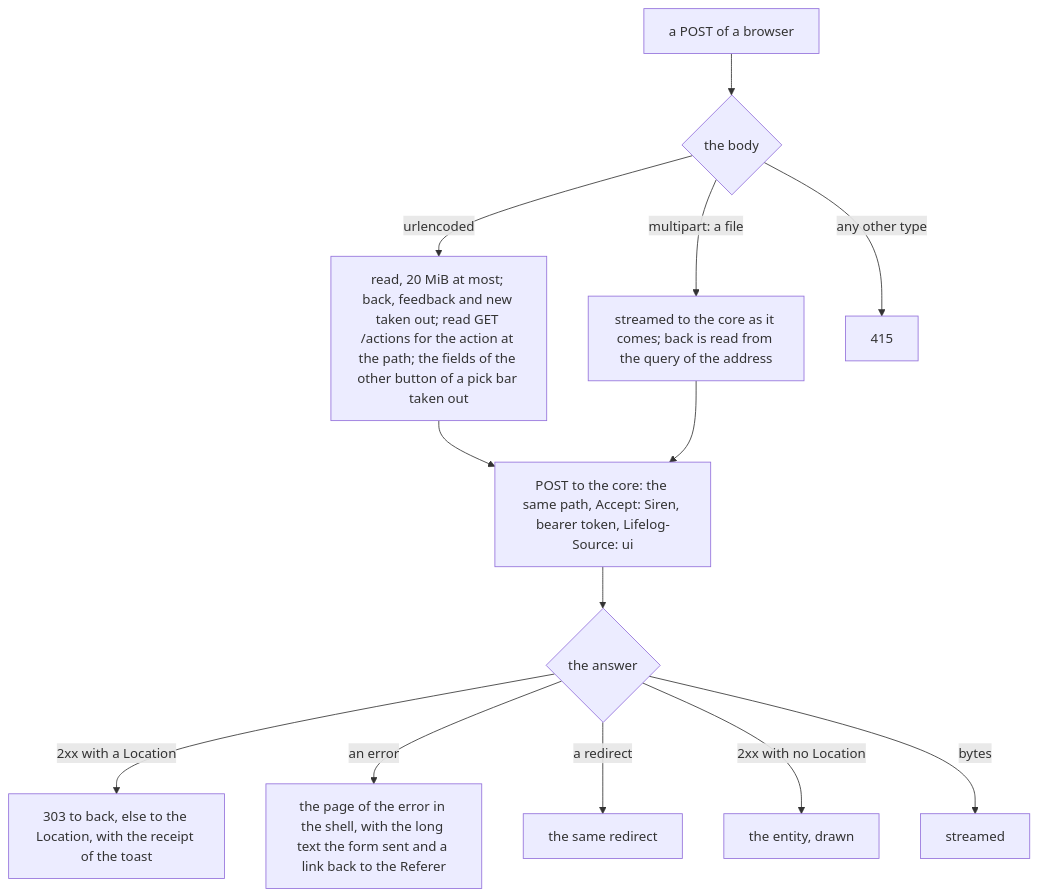
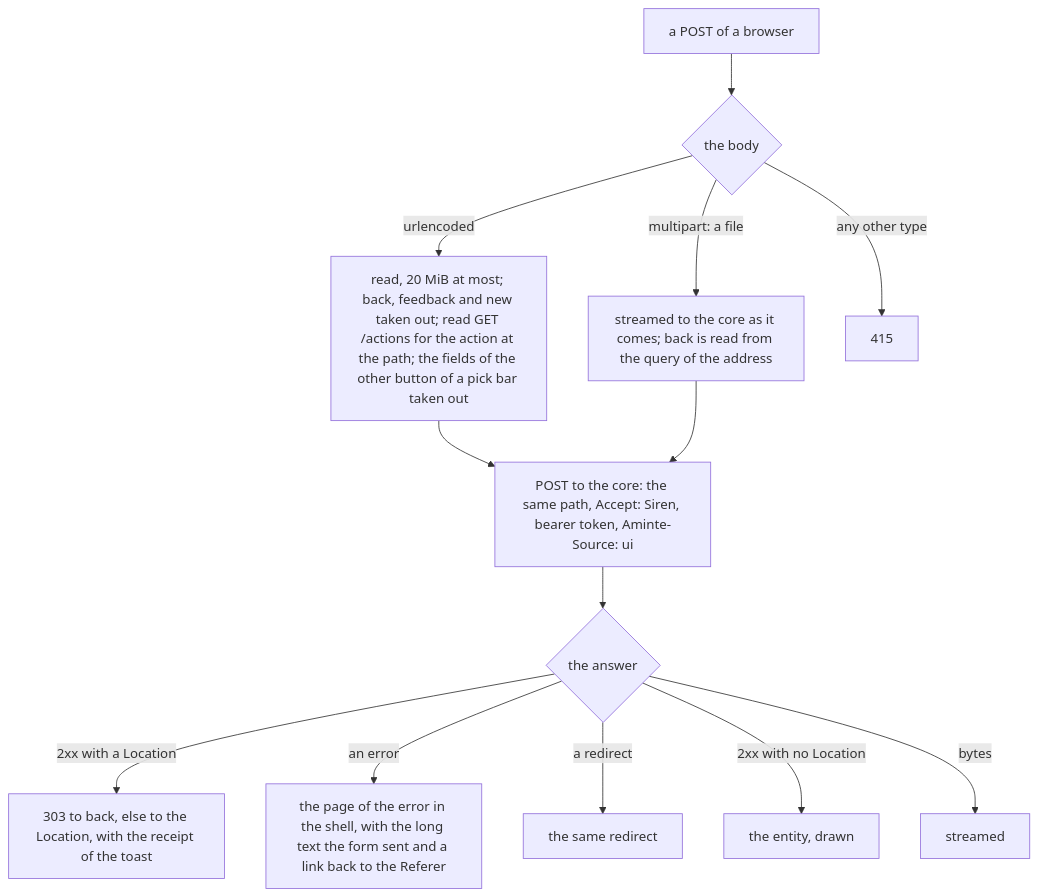
One commit to alexradunet/aminte changed the fifth of 8 diagrams in extensions/web/README.md. Above: the diagram before and after it, drawn with Mermaid. The commit also changed other lines of this file and 554 other files, not shown here.

First line of the commit message:
rename the project from lifelog to aminte

````diff
--- a/extensions/web/README.md
+++ b/extensions/web/README.md
@@ -195,15 +195,15 @@
 ```mermaid
 flowchart TD
   F["a POST of a browser"] --> T{"the body"}
   T -->|"urlencoded"| R["read, 20 MiB at most; back, feedback and new taken out; read GET /actions for the action at the path; the fields of the other button of a pick bar taken out"]
   T -->|"multipart: a file"| M["streamed to the core as it comes; back is read from the query of the address"]
   T -->|"any other type"| U["415"]
-  R --> C["POST to the core: the same path, Accept: Siren, bearer token, Lifelog-Source: ui"]
+  R --> C["POST to the core: the same path, Accept: Siren, bearer token, Aminte-Source: ui"]
   M --> C
   C --> A{"the answer"}
   A -->|"2xx with a Location"| D["303 to back, else to the Location, with the receipt of the toast"]
   A -->|"an error"| E["the page of the error in the shell, with the long text the form sent and a link back to the Referer"]
   A -->|"a redirect"| Y["the same redirect"]
   A -->|"2xx with no Location"| P["the entity, drawn"]
   A -->|"bytes"| Z["streamed"]
 ```
````
